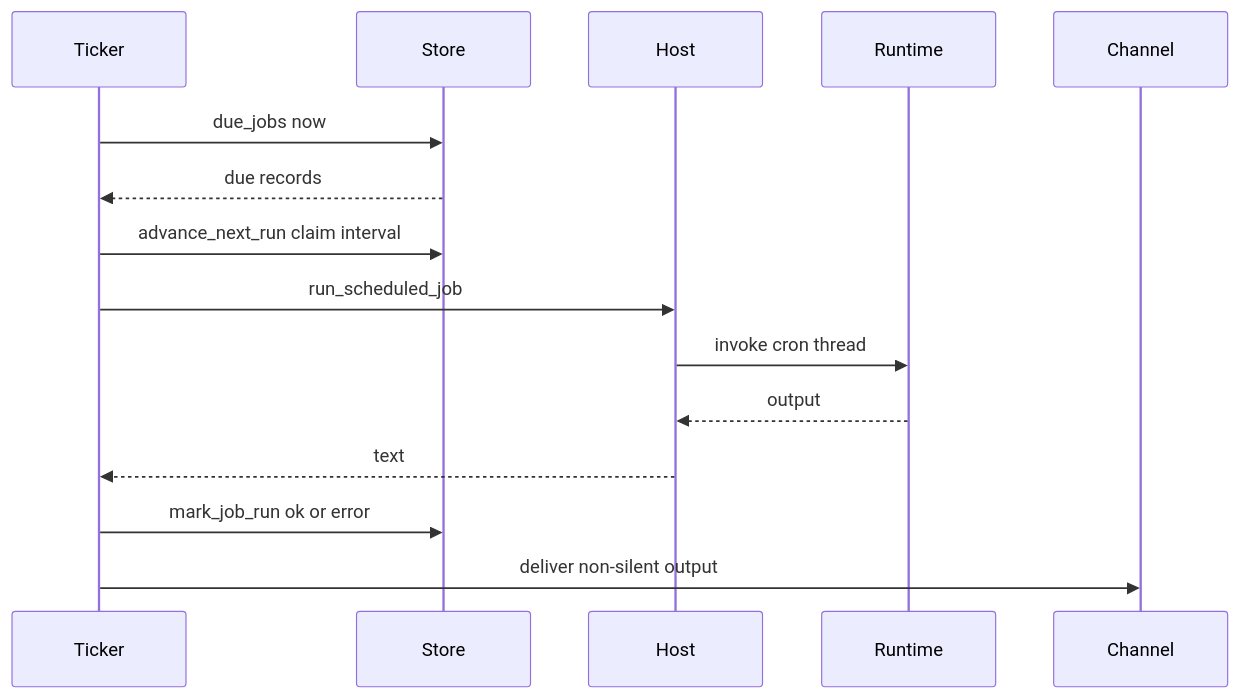
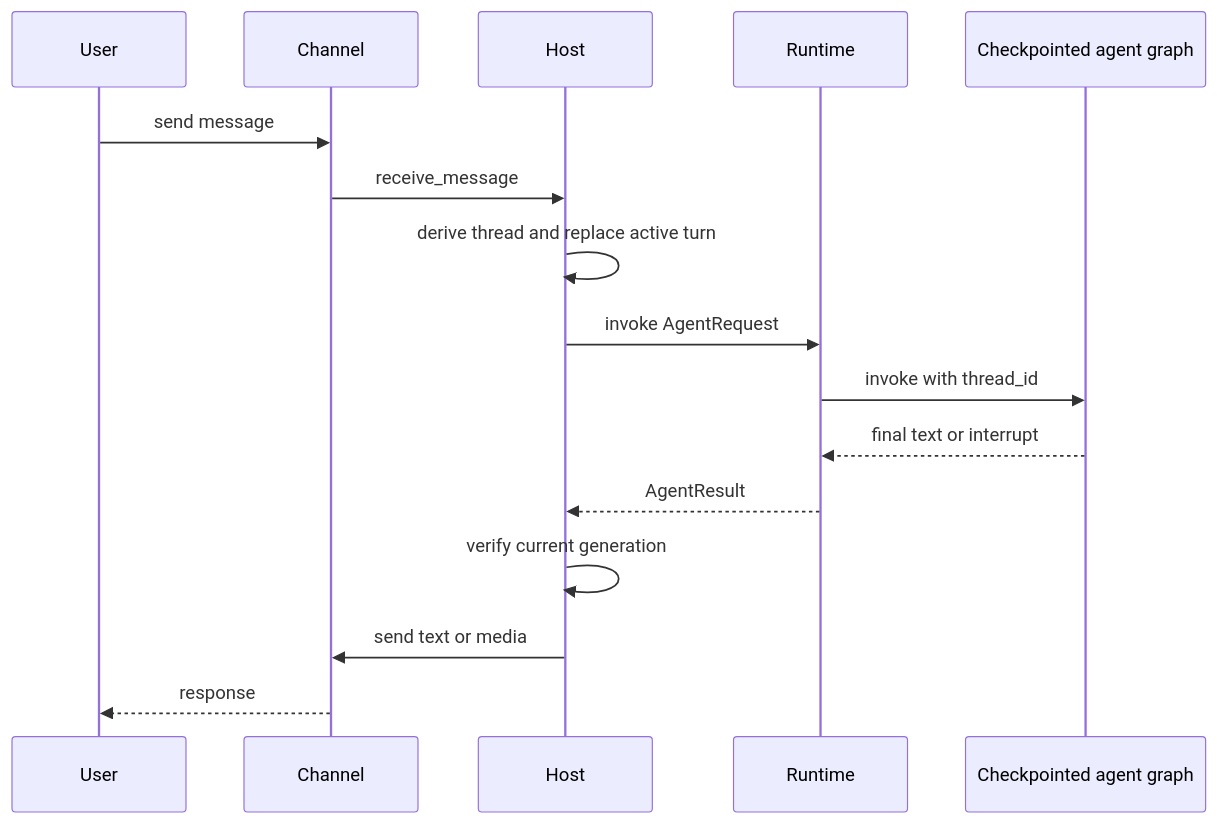
One commit to jkennedyvz/deepagents changed the diagram in openwiki/integrations/talon.md. Above: the diagram before and after it, drawn with Mermaid. The commit also changed other lines of this file and 63 other files, not shown here.

````diff
--- a/openwiki/integrations/talon.md
+++ b/openwiki/integrations/talon.md
@@ -105,17 +49,18 @@
 ```mermaid
 sequenceDiagram
-    participant Ticker
-    participant Store
+    participant User
+    participant Channel
     participant Host
     participant Runtime
-    participant Channel
-    Ticker->>Store: due_jobs now
-    Store-->>Ticker: due records
-    Ticker->>Store: advance_next_run claim interval
-    Ticker->>Host: run_scheduled_job
-    Host->>Runtime: invoke cron thread
-    Runtime-->>Host: output
-    Host-->>Ticker: text
-    Ticker->>Store: mark_job_run ok or error
-    Ticker->>Channel: deliver non-silent output
+    participant Graph as Checkpointed agent graph
+    User->>Channel: send message
+    Channel->>Host: receive_message
+    Host->>Host: derive thread and replace active turn
+    Host->>Runtime: invoke AgentRequest
+    Runtime->>Graph: invoke with thread_id
+    Graph-->>Runtime: final text or interrupt
+    Runtime-->>Host: AgentResult
+    Host->>Host: verify current generation
+    Host->>Channel: send text or media
+    Channel-->>User: response
 ```
````
